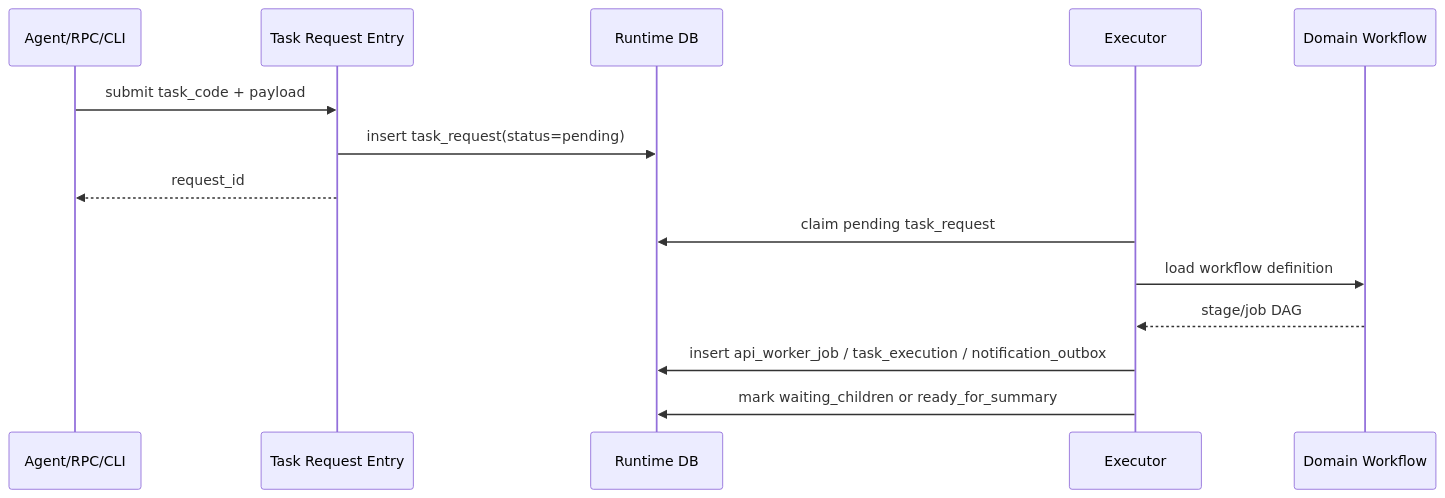
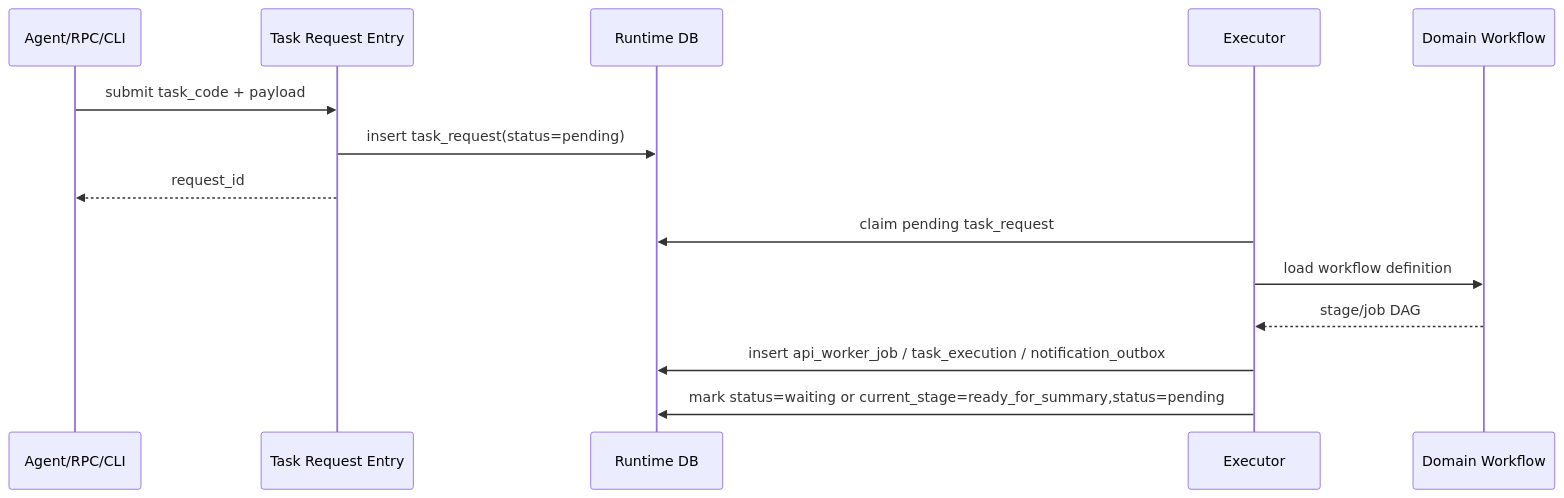
One commit to knighterrantsky/mujitask changed the fourth of 6 diagrams in docs/arch/system-architecture-design.md. Above: the diagram before and after it, drawn with Mermaid. The commit also changed other lines of this file and 89 other files, not shown here.

````diff
--- a/docs/arch/system-architecture-design.md
+++ b/docs/arch/system-architecture-design.md
@@ -358,17 +416,17 @@
 ```mermaid
 sequenceDiagram
     participant U as Agent/RPC/CLI
     participant TR as Task Request Entry
     participant DB as Runtime DB
     participant Exec as Executor
     participant WF as Domain Workflow
 
     U->>TR: submit task_code + payload
     TR->>DB: insert task_request(status=pending)
     TR-->>U: request_id
     Exec->>DB: claim pending task_request
     Exec->>WF: load workflow definition
     WF-->>Exec: stage/job DAG
     Exec->>DB: insert api_worker_job / task_execution / notification_outbox
-    Exec->>DB: mark waiting_children or ready_for_summary
+    Exec->>DB: mark status=waiting or current_stage=ready_for_summary,status=pending
 ```
````
